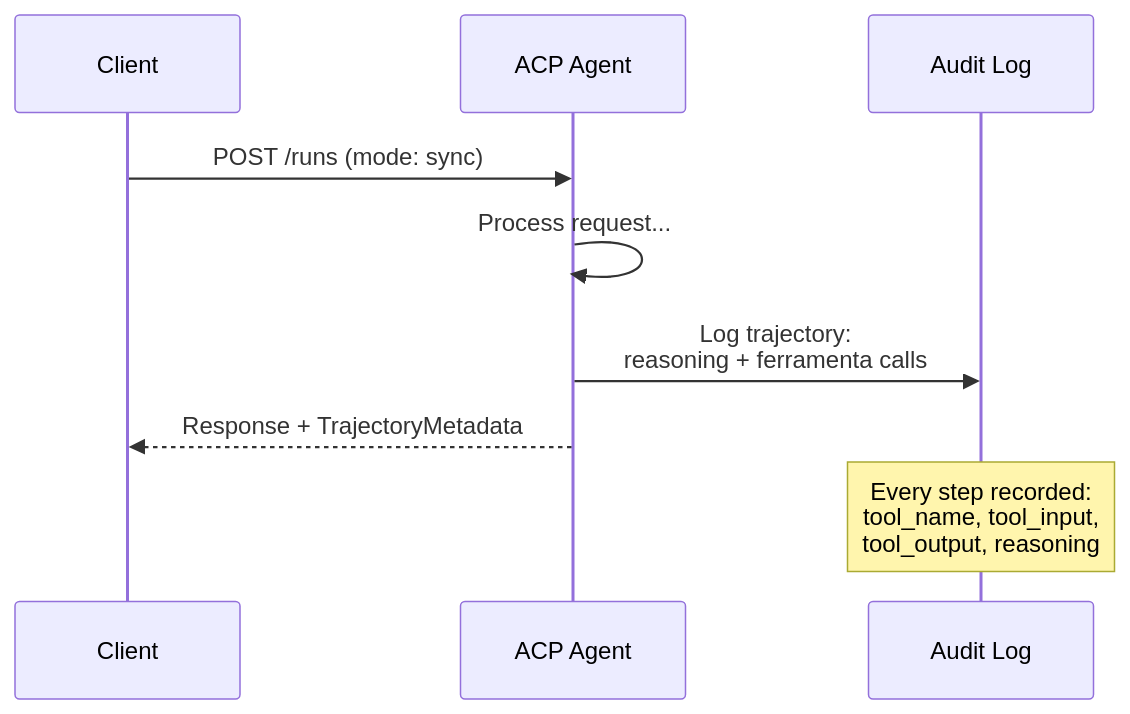
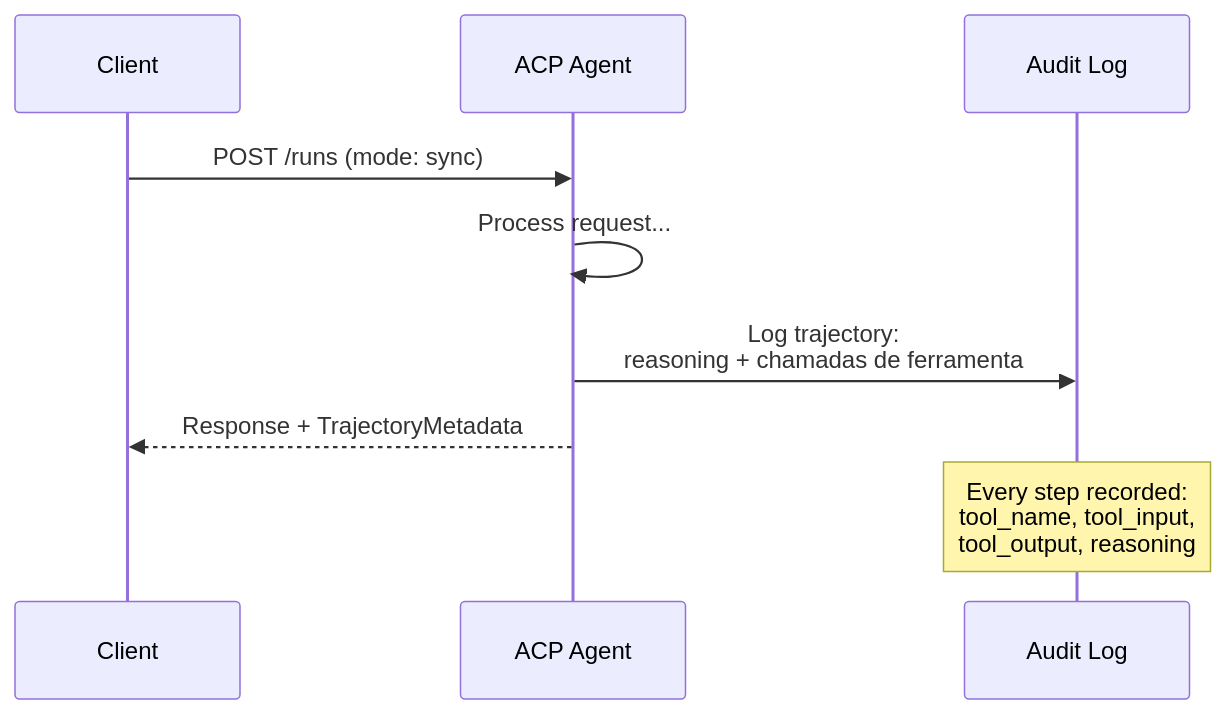
The fifth of 9 diagrams in phases/16-multi-agent-and-swarms/03-communication-protocols/docs/pt-br.md (K3lvin-dev/ai-engineering-from-scratch), drawn with Mermaid before and after one commit. The commit also changed other lines of this file and 23 other files, not shown here.

````diff
--- a/phases/16-multi-agent-and-swarms/03-communication-protocols/docs/pt-br.md
+++ b/phases/16-multi-agent-and-swarms/03-communication-protocols/docs/pt-br.md
@@ -294,12 +294,12 @@
 ```mermaid
 sequenceDiagram
     participant Client
     participant ACP as ACP Agent
     participant Audit as Audit Log
 
     Client->>ACP: POST /runs (mode: sync)
     ACP->>ACP: Process request...
-    ACP->>Audit: Log trajectory:<br/>reasoning + ferramenta calls
+    ACP->>Audit: Log trajectory:<br/>reasoning + chamadas de ferramenta
     ACP-->>Client: Response + TrajectoryMetadata
     Note over Audit: Every step recorded:<br/>tool_name, tool_input,<br/>tool_output, reasoning
 ```
````
